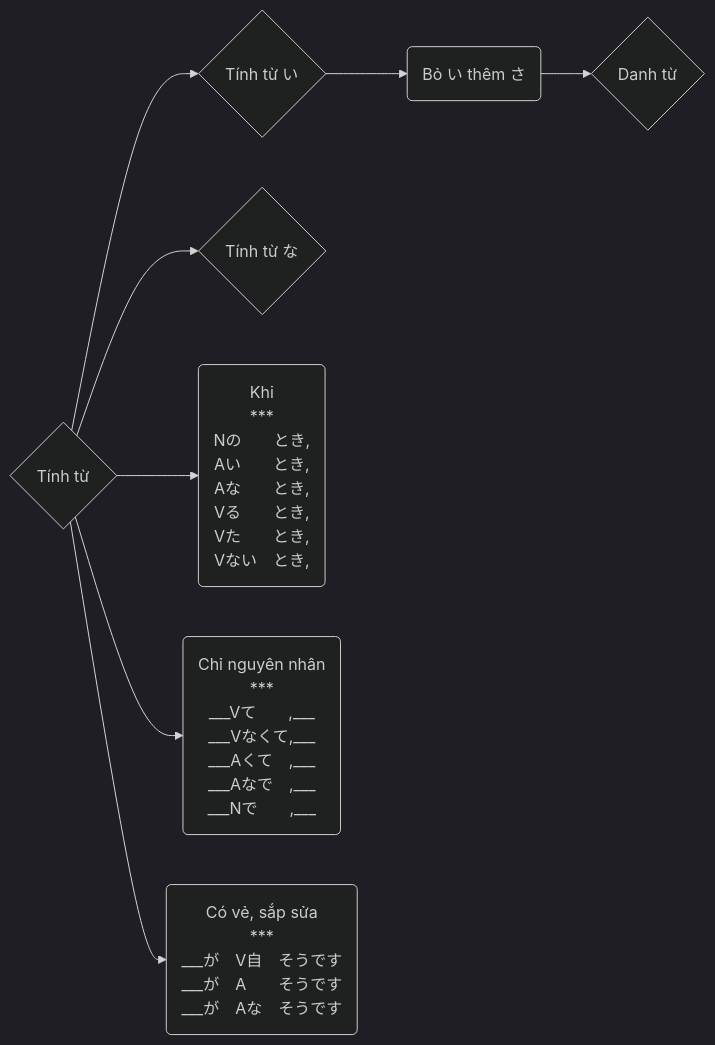
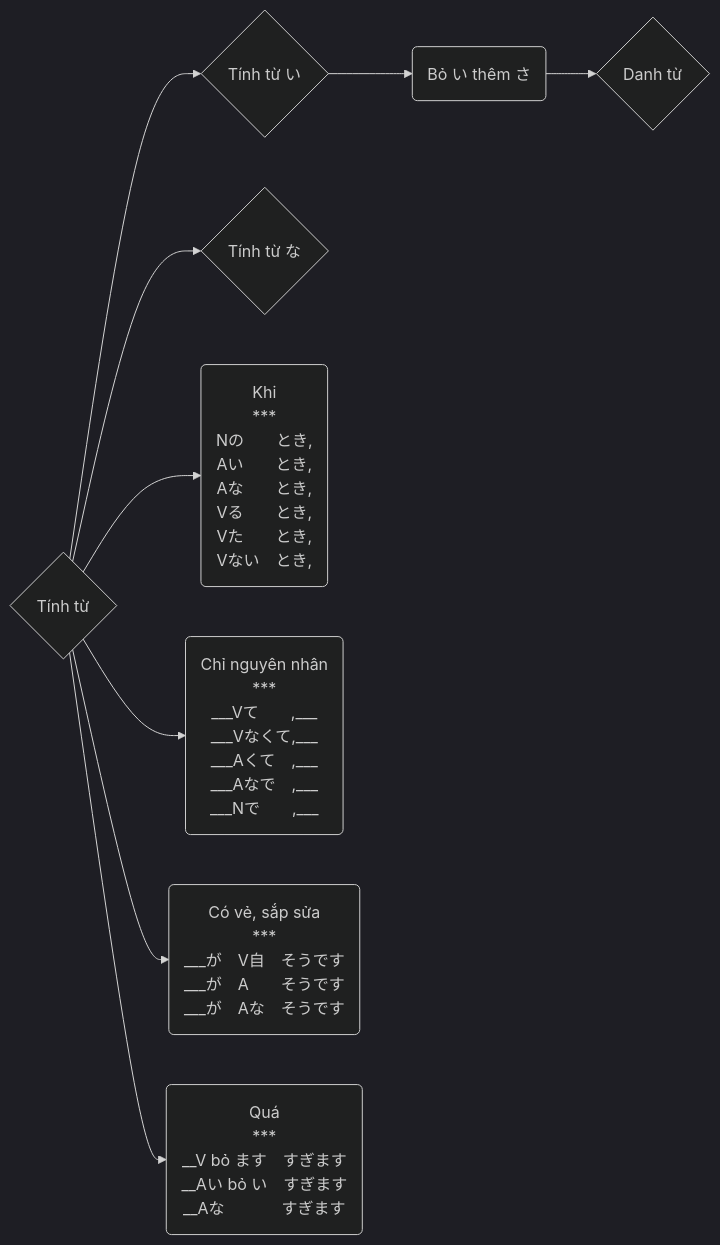
Before and after one commit to tea1504/learn: the diagram in Tinh_Tu_graph.md, drawn with Mermaid (dark theme). The commit also changed 3 other files, not shown here.

````diff
--- a/Tinh_Tu_graph.md
+++ b/Tinh_Tu_graph.md
@@ -1,12 +1,13 @@
 ```mermaid
 graph LR;
     A{Tính từ}
 
     A-->Ai{Tính từ い}
     A-->Ana{Tính từ な}
 
     Ai-->AiN(Bỏ い thêm さ)-->N{Danh từ}
     A-->khi(Khi\n***\nNの　　とき,\nAい　　とき,\nAな　　とき,\nVる　　とき,\nVた　　とき,\nVない　とき,)
     A-->chiNguyenNhan(Chỉ nguyên nhân\n***\n___Vて　　,___\n___Vなくて,___\n___Aくて　,___\n___Aなで　,___\n___Nで　　,___)
     A-->coVeSapSua(Có vẻ, sắp sửa\n***\n___が　V自　そうです\n___が　A　　そうです\n___が　Aな　そうです)
+    A-->qua(Quá\n***\n__V bỏ ます　すぎます\n__Aい bỏ い　すぎます\n__Aな 　　 　すぎます)
 ```
````
